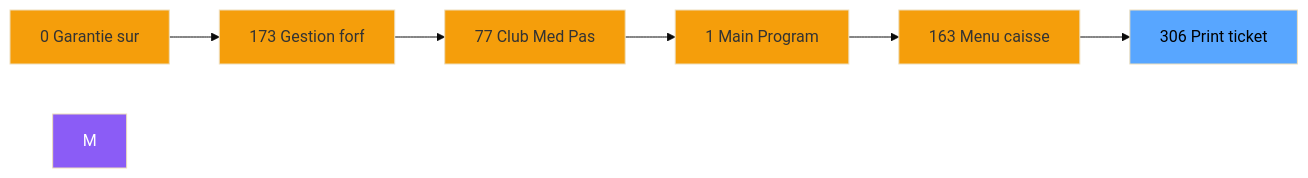
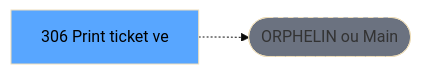
Before and after one commit to thonyAGP/lecteur-magic: the second of 3 diagrams in .openspec/renders/ADH-IDE-306.md, drawn with Mermaid (base theme). The commit also changed other lines of this file and 701 other files, not shown here.

````diff
--- a/.openspec/renders/ADH-IDE-306.md
+++ b/.openspec/renders/ADH-IDE-306.md
@@ -119,21 +121,8 @@
 ```mermaid
 graph LR
-    N0[0 Garantie sur]
-    N173[173 Gestion forf]
-    N77[77 Club Med Pas]
-    N1[1 Main Program]
-    N163[163 Menu caisse ]
-    T[306 Print ticket]
-    N0 --> N173
-    N173 --> N77
-    N77 --> N1
-    N1 --> N163
-    N163 --> T
-    style M fill:#8b5cf6,color:#fff
-    style N0 fill:#f59e0b
-    style N173 fill:#f59e0b
-    style N77 fill:#f59e0b
-    style N1 fill:#f59e0b
-    style N163 fill:#f59e0b
+    T[306 Print ticket ve]
+    ORPHAN([ORPHELIN ou Main])
+    T -.-> ORPHAN
     style T fill:#58a6ff,color:#000
+    style ORPHAN fill:#6b7280,stroke-dasharray: 5 5
 ```
````
